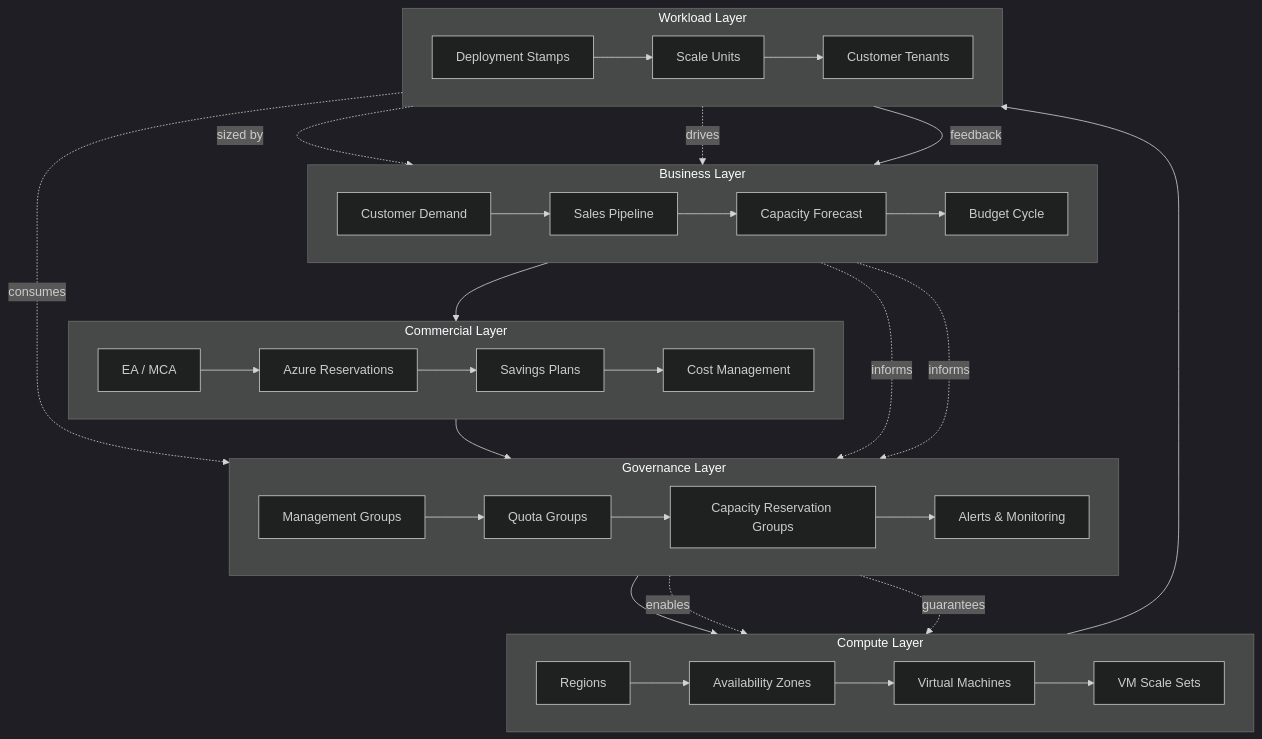
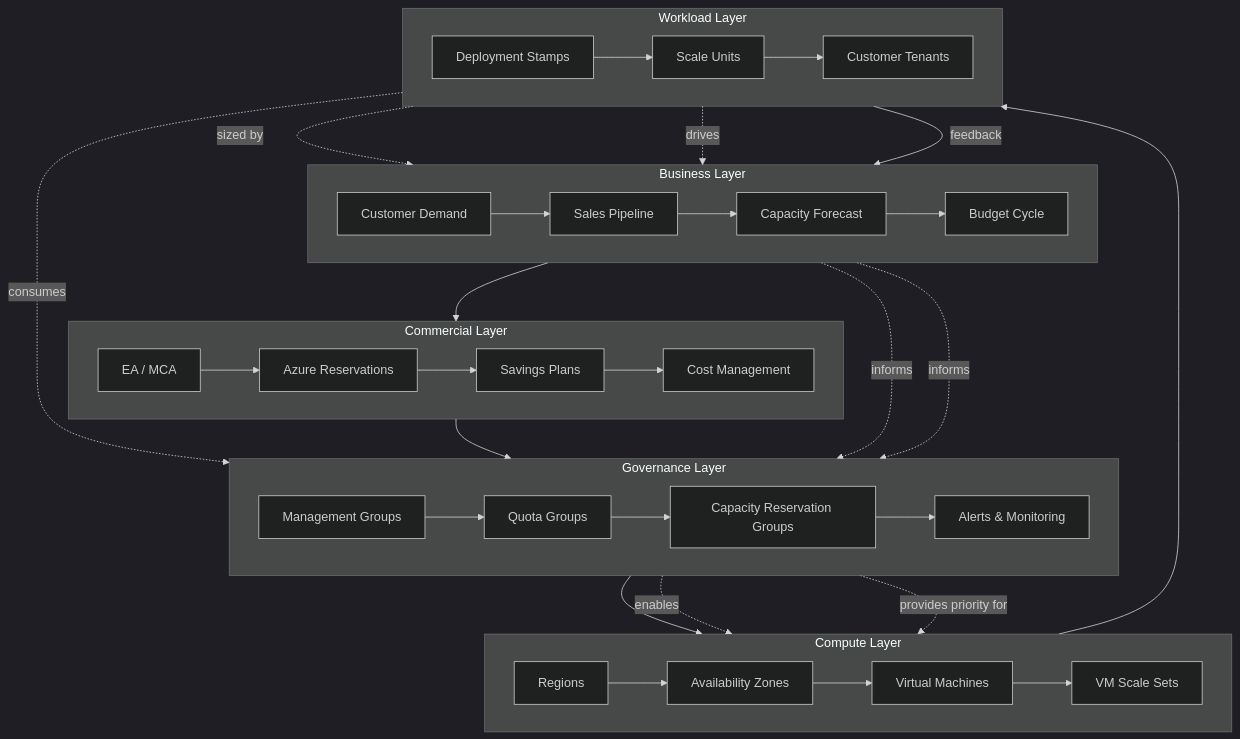
One commit to msbrettorg/azcapman changed the seventh of 7 diagrams in training/Azure Capacity Governance - Master Concept Map.md. Above: the diagram before and after it, drawn with Mermaid (dark theme). The commit also changed other lines of this file and 31 other files, not shown here.

````diff
--- a/training/Azure Capacity Governance - Master Concept Map.md
+++ b/training/Azure Capacity Governance - Master Concept Map.md
@@ -391,60 +391,60 @@
 ```mermaid
 flowchart TB
     subgraph "Business Layer"
         direction LR
         customer[Customer Demand]
         sales[Sales Pipeline]
         forecast[Capacity Forecast]
         budget[Budget Cycle]
     end
 
     subgraph "Commercial Layer"
         direction LR
         ea_mca[EA / MCA]
         reservations[Azure Reservations]
         savings[Savings Plans]
         cost_mgmt[Cost Management]
     end
 
     subgraph "Governance Layer"
         direction LR
         mg[Management Groups]
         qg[Quota Groups]
         crg[Capacity Reservation Groups]
         alerts[Alerts & Monitoring]
     end
 
     subgraph "Compute Layer"
         direction LR
         region[Regions]
         zone[Availability Zones]
         vm[Virtual Machines]
         vmss[VM Scale Sets]
     end
 
     subgraph "Workload Layer"
         direction LR
         stamps[Deployment Stamps]
         scale_units[Scale Units]
         tenants[Customer Tenants]
     end
 
     %% Vertical connections
     customer --> sales --> forecast --> budget
     budget --> ea_mca --> reservations --> savings --> cost_mgmt
     cost_mgmt --> mg --> qg --> crg --> alerts
     alerts --> region --> zone --> vm --> vmss
     vmss --> stamps --> scale_units --> tenants
 
     %% Cross-layer connections
     forecast -.->|informs| qg
     forecast -.->|informs| crg
     qg -.->|enables| vm
-    crg -.->|guarantees| vm
+    crg -.->|provides priority for| vm
     stamps -.->|consumes| crg
     scale_units -.->|sized by| forecast
     tenants -.->|drives| customer
 
     %% Feedback loop
     tenants -->|feedback| customer
 ```
````
